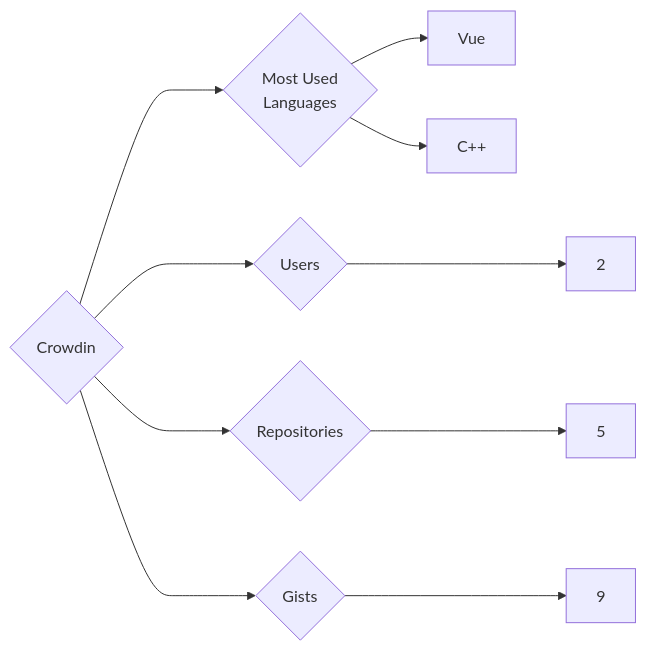
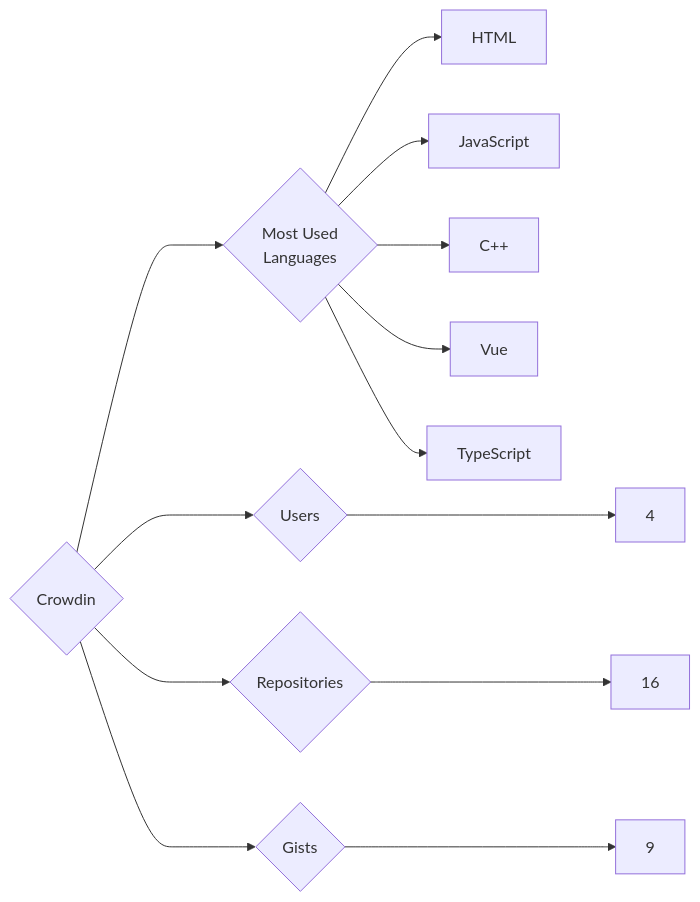
One commit to trickest/insiders changed the diagram in targets/Crowdin/README.md. Above: the diagram before and after it, drawn with Mermaid. The commit also changed 912 other files, not shown here.

````diff
--- a/targets/Crowdin/README.md
+++ b/targets/Crowdin/README.md
@@ -3,10 +3,13 @@
 ```mermaid
 graph LR
 COMPANY_NAME{Crowdin}
-COMPANY_NAME ---> U{Users} ---> UN[2]
-COMPANY_NAME ---> R{Repositories} ---> RN[5]
+COMPANY_NAME ---> U{Users} ---> UN[4]
+COMPANY_NAME ---> R{Repositories} ---> RN[16]
 COMPANY_NAME ---> G{Gists} ---> GN[9]
 COMPANY_NAME ---> ML{Most Used<br>Languages}
+ML --> HTML[HTML]
+ML --> JavaScript[JavaScript]
+ML --> C++[C++]
 ML --> Vue[Vue]
-ML --> C++[C++]
+ML --> TypeScript[TypeScript]
 ```
````
